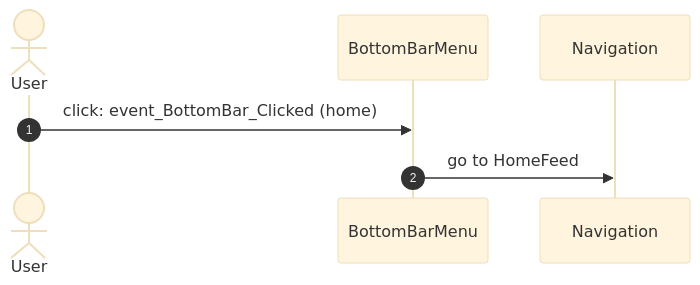
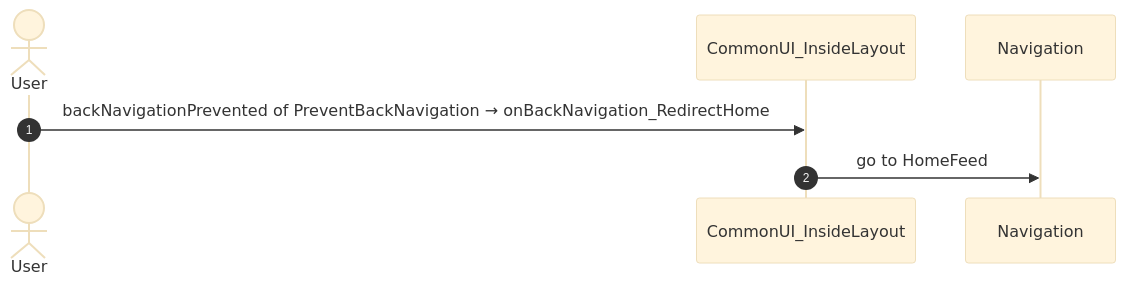
Before and after one commit to Phoenix-DX/connect-new-ui: the second of 13 diagrams in migration/route-actions/APP_SHELL.md, drawn with Mermaid (base theme). The commit also changed other lines of this file and 9 other files, not shown here.

Commit message:
route actions: facts only; user actions as two independent lists (OutSystems view bindings, React JSX bindings) with Mermaid sequences; factual call columns (direct caller, chains, React references); app shell by definition (survey shell, main.tsx code); constants read for React paths

````diff
--- a/migration/route-actions/APP_SHELL.md
+++ b/migration/route-actions/APP_SHELL.md
@@ -156,9 +127,9 @@
 ```mermaid
 sequenceDiagram
   autonumber
   actor U as User
-  participant B as BottomBarMenu
+  participant B as CommonUI_InsideLayout
   participant N as Navigation
-  U->>B: click: event_BottomBar_Clicked (home)
+  U->>B: backNavigationPrevented of PreventBackNavigation → onBackNavigation_RedirectHome
   B->>N: go to HomeFeed
 ```
````
